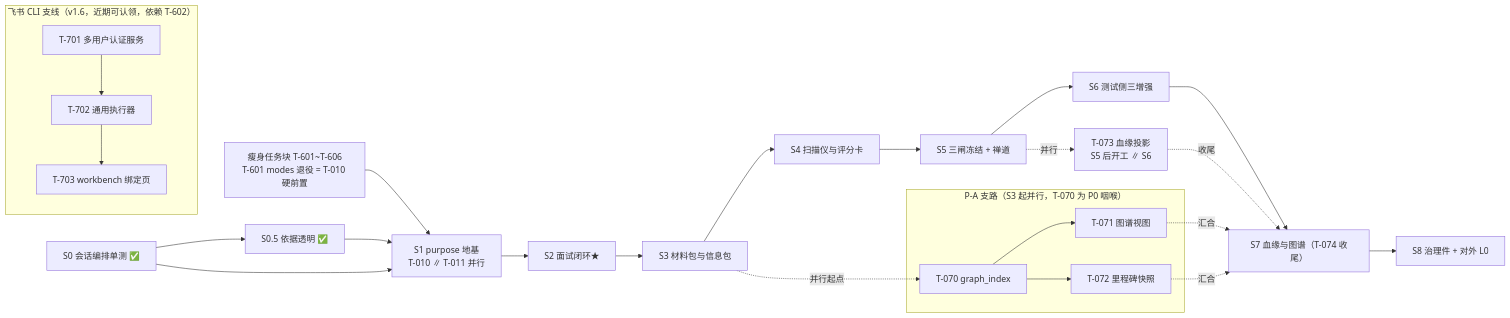
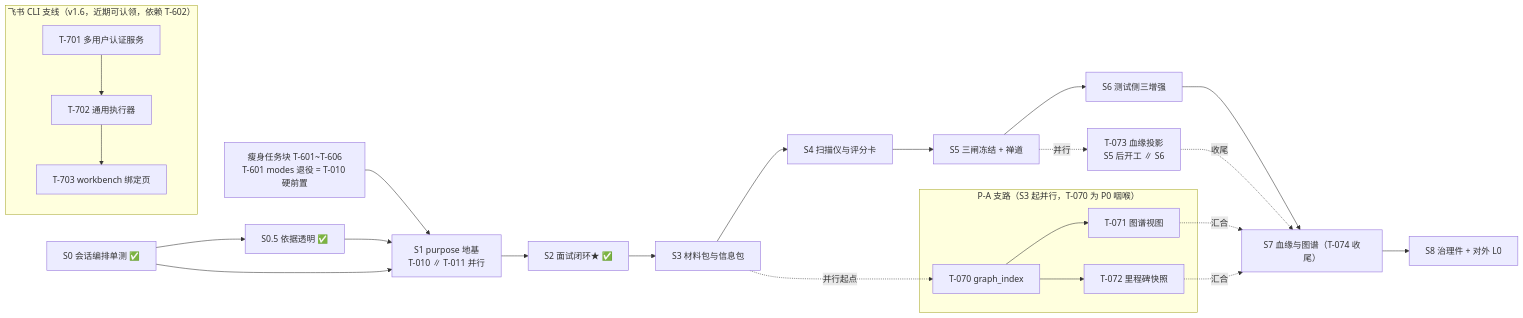
Before and after one commit to caiyfa/spec-guard: the diagram in docs/远期设计/SpecGuard-总控文档.md, drawn with Mermaid. The commit also changed other lines of this file and 21 other files, not shown here.

````diff
--- a/docs/远期设计/SpecGuard-总控文档.md
+++ b/docs/远期设计/SpecGuard-总控文档.md
@@ -85,27 +85,27 @@
 ```mermaid
 flowchart LR
   SLIM["瘦身任务块 T-601~T-606<br/>T-601 modes 退役 = T-010 硬前置"]
   S0["S0 会话编排单测 ✅"] --> S05["S0.5 依据透明 ✅"]
   S05 --> S1["S1 purpose 地基<br/>T-010 ∥ T-011 并行"]
   S0 --> S1
-  S1 --> S2["S2 面试闭环★"]
+  S1 --> S2["S2 面试闭环★ ✅"]
   S2 --> S3["S3 材料包与信息包"]
   S3 --> S4["S4 扫描仪与评分卡"]
   S4 --> S5["S5 三闸冻结 + 禅道"]
   S5 --> S6["S6 测试侧三增强"]
   S6 --> S7["S7 血缘与图谱（T-074 收尾）"]
   S7 --> S8["S8 治理件 + 对外 L0"]
   SLIM --> S1
   subgraph PA["P-A 支路（S3 起并行，T-070 为 P0 咽喉）"]
     P70["T-070 graph_index"] --> P71["T-071 图谱视图"]
     P70 --> P72["T-072 里程碑快照"]
   end
   S3 -. 并行起点 .-> P70
   P71 -. 汇合 .-> S7
   P72 -. 汇合 .-> S7
   LINE["T-073 血缘投影<br/>S5 后开工 ∥ S6"] -. 收尾 .-> S7
   S5 -. 并行 .-> LINE
   subgraph LARK["飞书 CLI 支线（v1.6，近期可认领，依赖 T-602）"]
     L71["T-701 多用户认证服务"] --> L72["T-702 通用执行器"] --> L73["T-703 workbench 绑定页"]
   end
 ```
````
